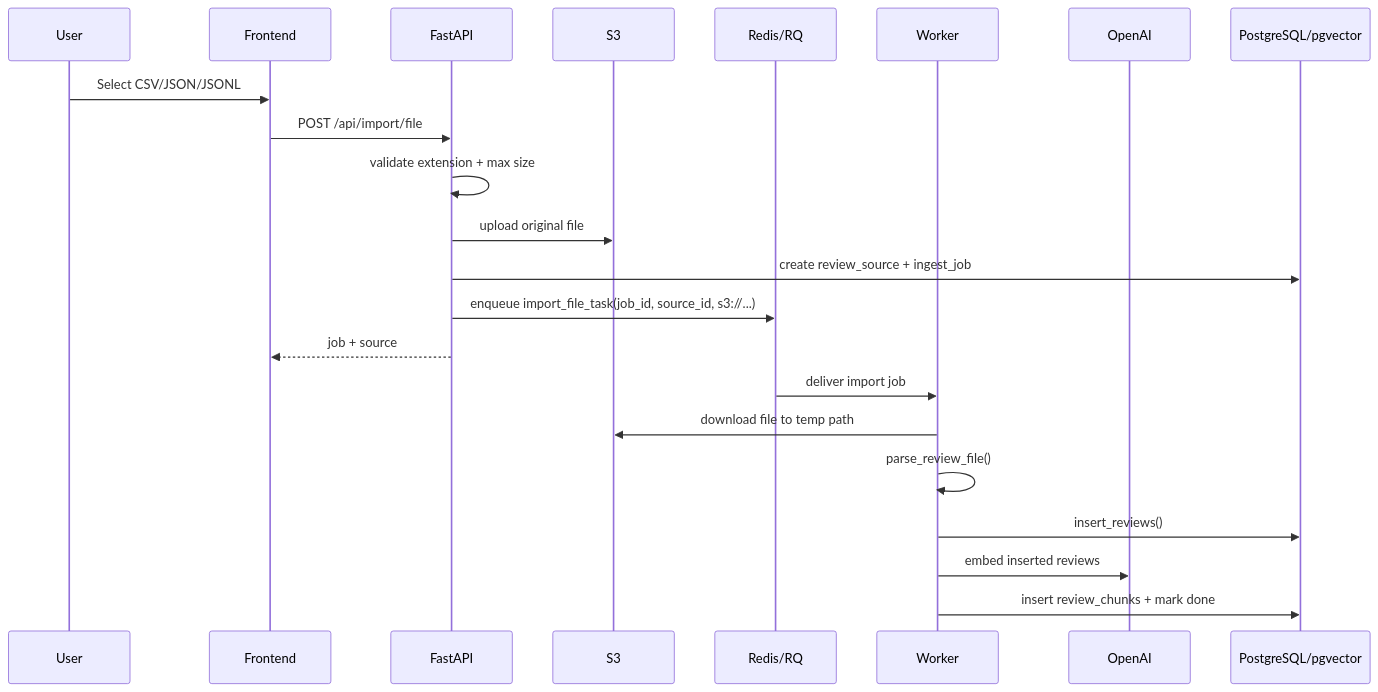
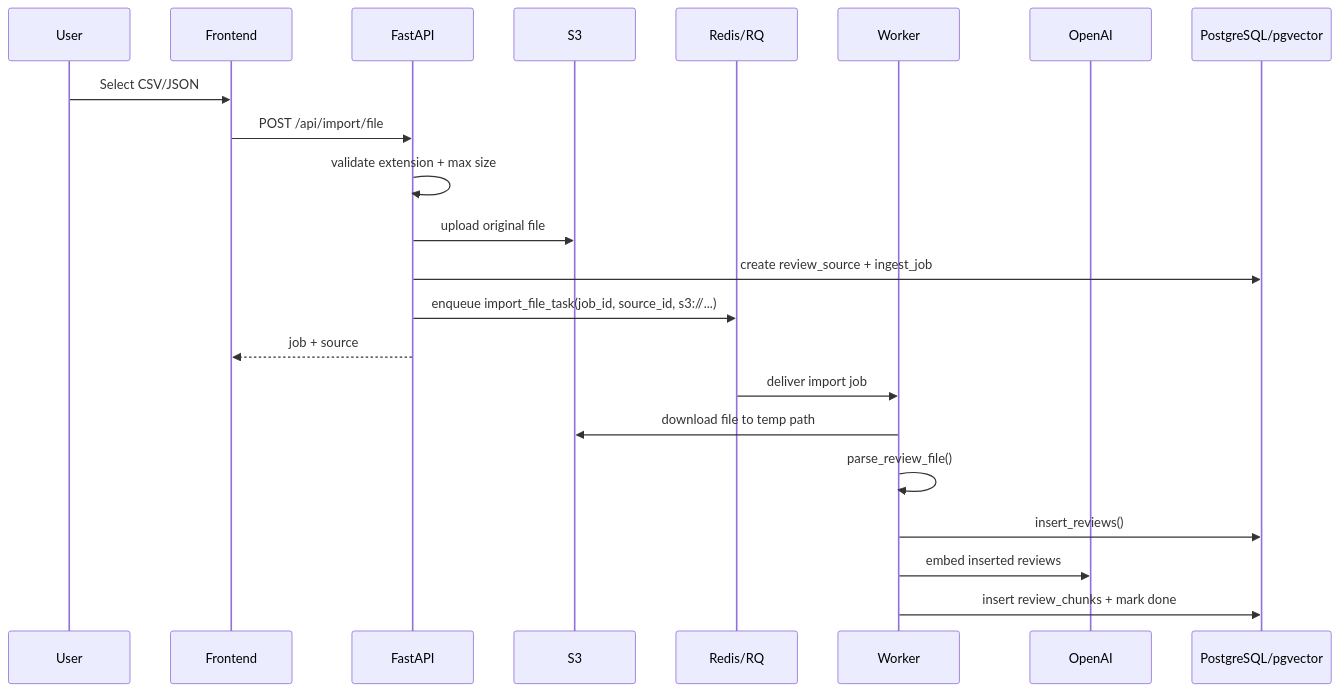
One commit to zzorphcreator/reviewlens-ai changed the sixth of 6 diagrams in docs/DESIGN.md. Above: the diagram before and after it, drawn with Mermaid. The commit also changed other lines of this file and 1 other file, not shown here.

````diff
--- a/docs/DESIGN.md
+++ b/docs/DESIGN.md
@@ -361,25 +363,25 @@
 ```mermaid
 sequenceDiagram
   participant U as User
   participant F as Frontend
   participant A as FastAPI
   participant S3 as S3
   participant R as Redis/RQ
   participant W as Worker
   participant L as OpenAI
   participant DB as PostgreSQL/pgvector
 
-  U->>F: Select CSV/JSON/JSONL
+  U->>F: Select CSV/JSON
   F->>A: POST /api/import/file
   A->>A: validate extension + max size
   A->>S3: upload original file
   A->>DB: create review_source + ingest_job
   A->>R: enqueue import_file_task(job_id, source_id, s3://...)
   A-->>F: job + source
   R->>W: deliver import job
   W->>S3: download file to temp path
   W->>W: parse_review_file()
   W->>DB: insert_reviews()
   W->>L: embed inserted reviews
   W->>DB: insert review_chunks + mark done
 ```
````
